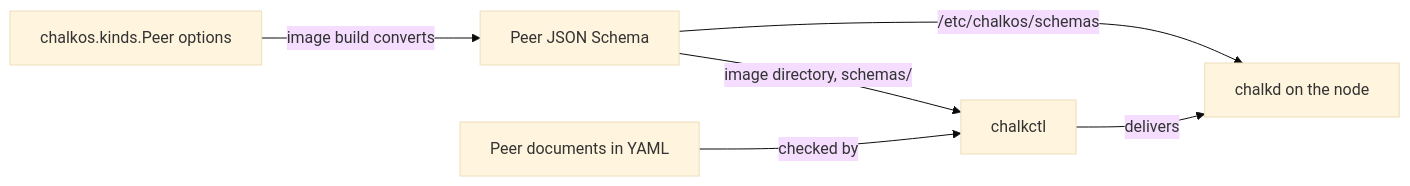
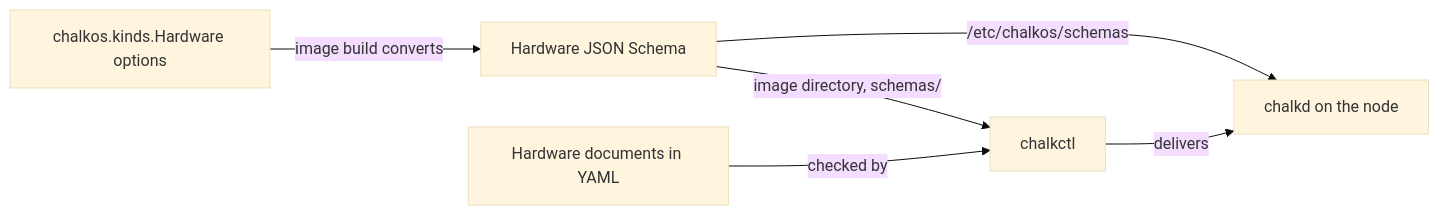
Before and after one commit to trevex/chalkos: the diagram in docs/build/declare-a-kind.md, drawn with Mermaid (base theme). The commit also changed other lines of this file and 12 other files, not shown here.

````diff
--- a/docs/build/declare-a-kind.md
+++ b/docs/build/declare-a-kind.md
@@ -187,8 +171,8 @@
 ```mermaid
 flowchart LR
-    opts["chalkos.kinds.Peer options"] -->|image build converts| schema["Peer JSON Schema"]
+    opts["chalkos.kinds.Hardware options"] -->|image build converts| schema["Hardware JSON Schema"]
     schema -->|image directory, schemas/| ctl["chalkctl"]
     schema -->|/etc/chalkos/schemas| chalkd["chalkd on the node"]
-    yaml["Peer documents in YAML"] -->|checked by| ctl
+    yaml["Hardware documents in YAML"] -->|checked by| ctl
     ctl -->|delivers| chalkd
 ```
````
